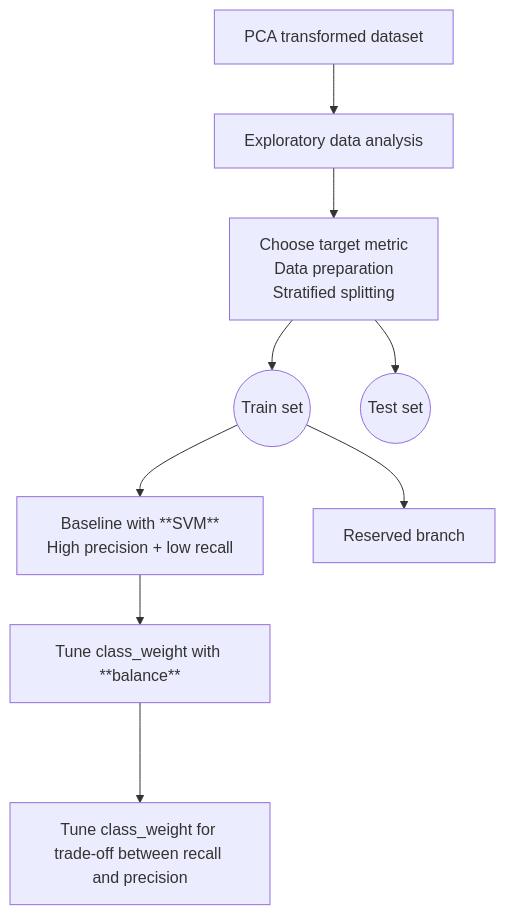
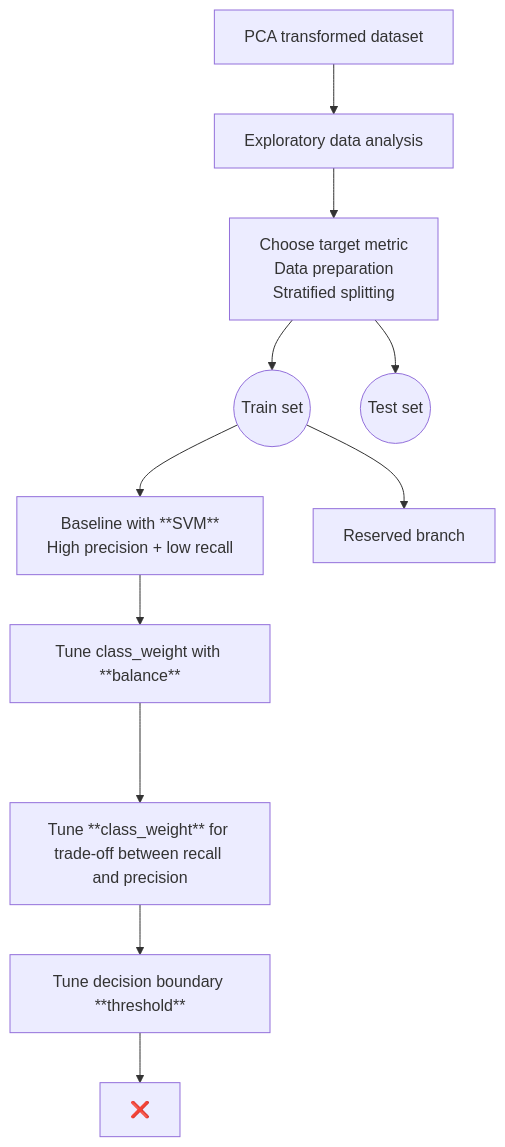
Before and after one commit to trungdung1711/credit-card-fraud-detection: the diagram in IDEA.md, drawn with Mermaid. The commit also changed 1 other file, not shown here.

Commit message:
feat: :sparkles: tune the threshold for better metric (but fail), linear SVM branch stops

````diff
--- a/IDEA.md
+++ b/IDEA.md
@@ -3,22 +3,26 @@
 ```mermaid
     graph TD
     0[PCA transformed dataset] --> 1[Exploratory data analysis] --> A
     A[
         Choose target metric
         Data preparation
         Stratified splitting
     ] --> B((Train set))
     A --> C((Test set))
     B --> D[
         Baseline with **SVM**
         High precision + low recall
     ]
     D --> E[Tune class_weight with **balance**]
 
-    E ---> F[Tune class_weight for trade-off between recall and precision]
+    E ---> F[Tune **class_weight** for trade-off between recall and precision]
+
+    F --> G[Tune decision boundary **threshold**]
+
+    G --> H[❌]
 
 
     B --> L[
         Reserved branch
     ]
 ```
````
